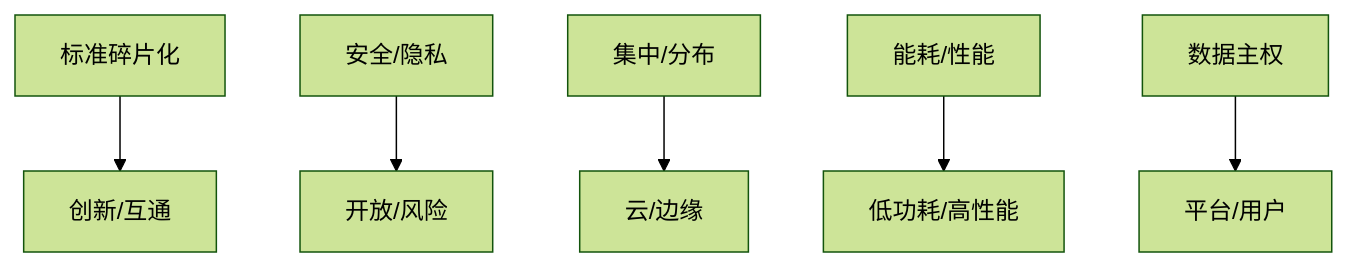
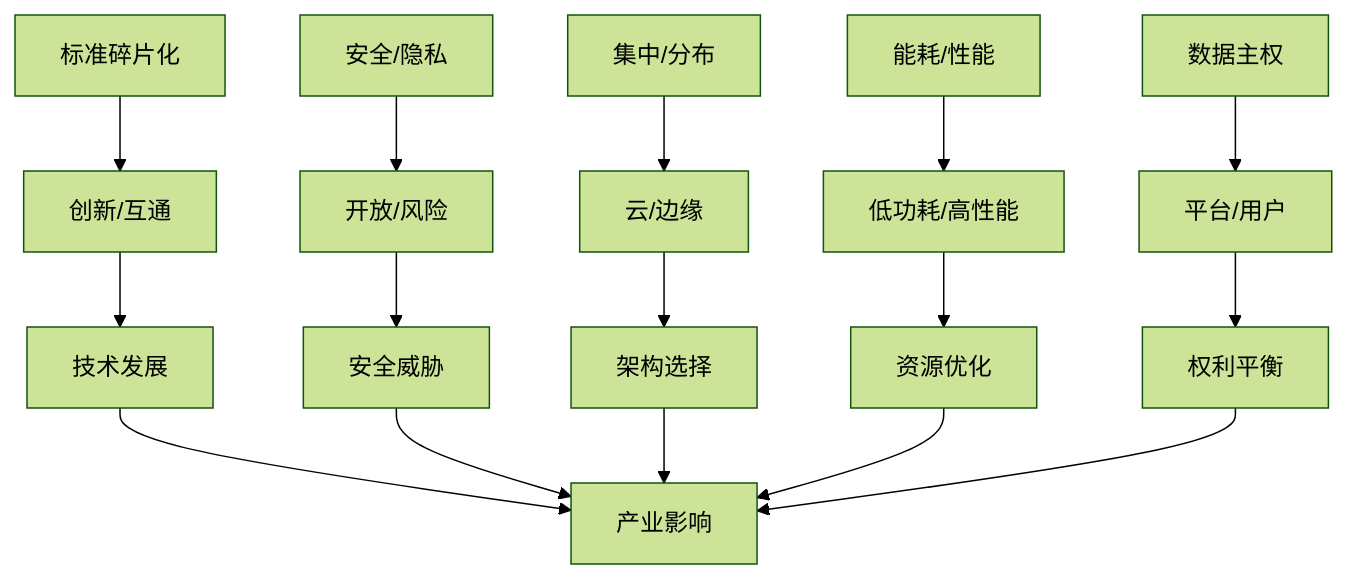
The first of 2 diagrams in 3.物联网嵌入式系统/3.2 批判分析/3.2.1 主要争议.md (AdaMartin18010/SystemOSIOT), drawn with Mermaid (forest theme) before and after one commit. The commit also changed other lines of this file and 118 other files, not shown here.

````diff
--- a/3.物联网嵌入式系统/3.2 批判分析/3.2.1 主要争议.md
+++ b/3.物联网嵌入式系统/3.2 批判分析/3.2.1 主要争议.md
@@ -24,8 +267,20 @@
 ```mermaid
-graph TD;
-  A[标准碎片化] --> B[创新/互通];
-  C[安全/隐私] --> D[开放/风险];
-  E[集中/分布] --> F[云/边缘];
-  G[能耗/性能] --> H[低功耗/高性能];
-  I[数据主权] --> J[平台/用户];
+graph TD
+    A[标准碎片化] --> B[创新/互通]
+    C[安全/隐私] --> D[开放/风险]
+    E[集中/分布] --> F[云/边缘]
+    G[能耗/性能] --> H[低功耗/高性能]
+    I[数据主权] --> J[平台/用户]
+    
+    B --> K[技术发展]
+    D --> L[安全威胁]
+    F --> M[架构选择]
+    H --> N[资源优化]
+    J --> O[权利平衡]
+    
+    K --> P[产业影响]
+    L --> P
+    M --> P
+    N --> P
+    O --> P
 ```
````
